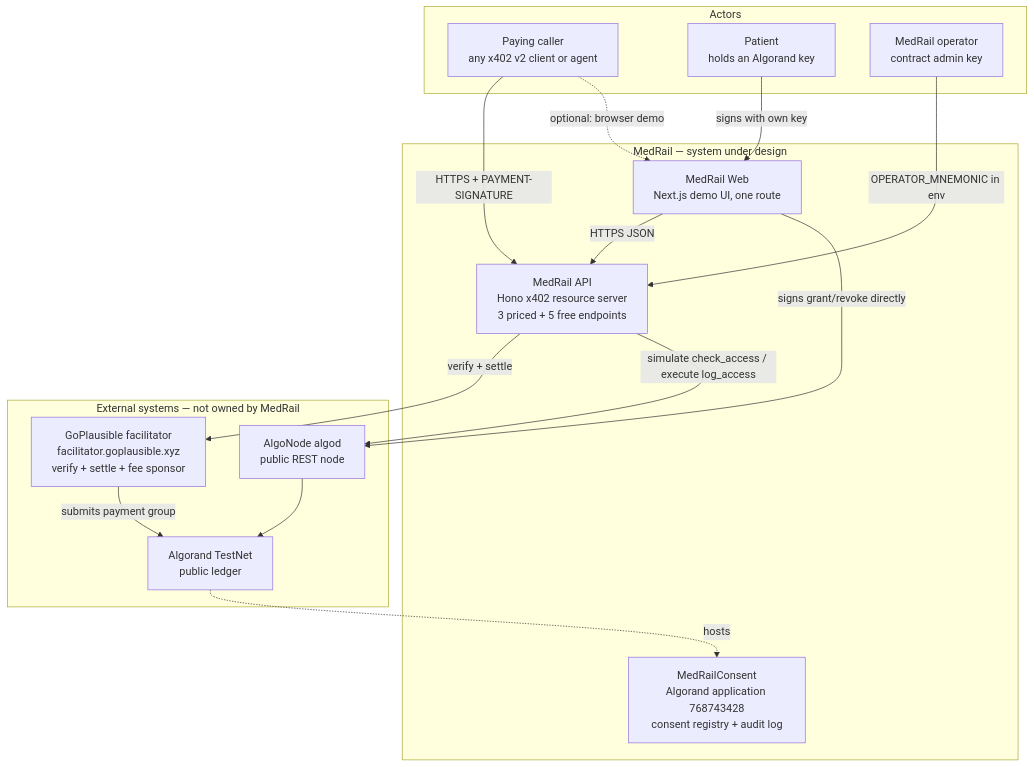
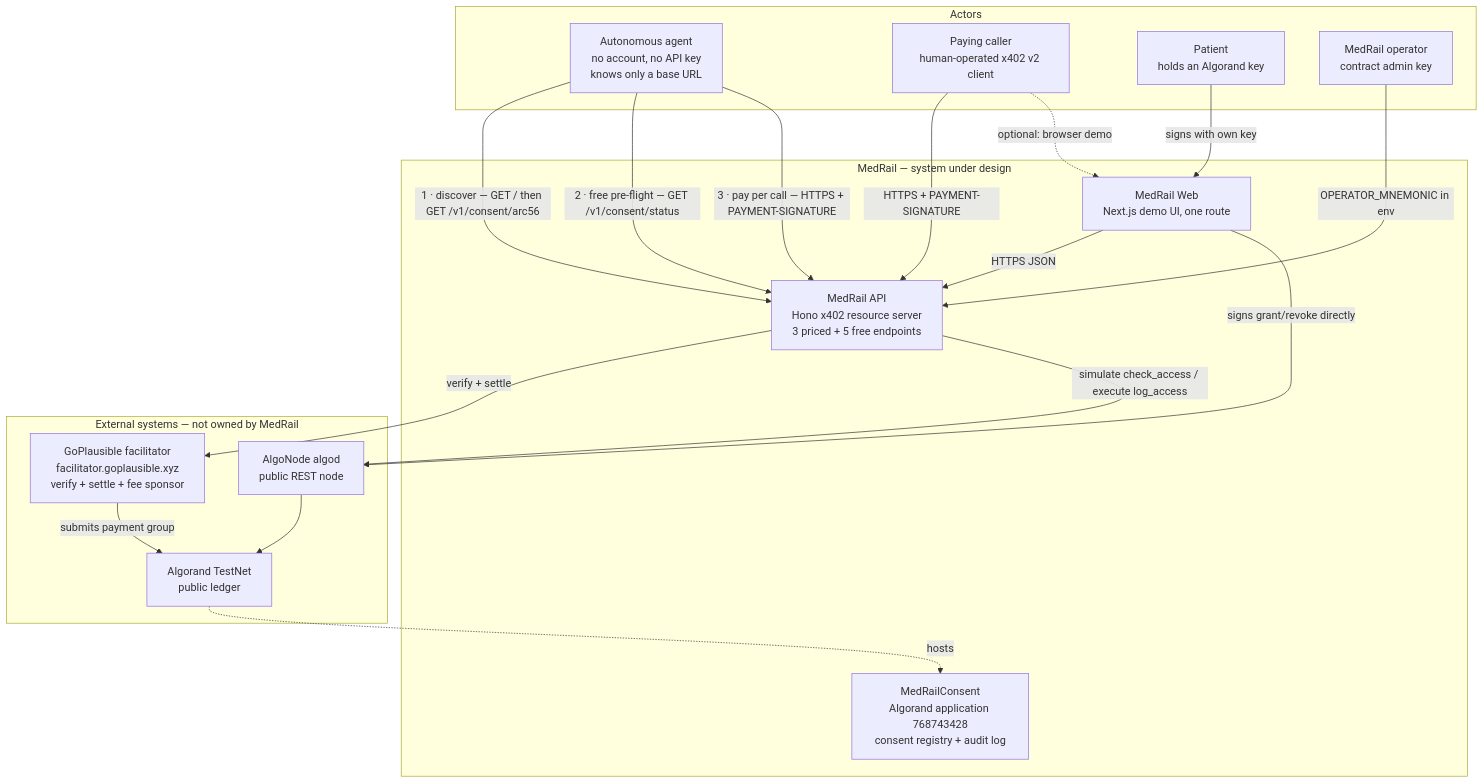
The first of 3 diagrams in docs/03_Architecture/System_Architecture.md (Hydra-Of-Malice/Medrail), drawn with Mermaid before and after one commit. The commit also changed other lines of this file and 55 other files, not shown here.

````diff
--- a/docs/03_Architecture/System_Architecture.md
+++ b/docs/03_Architecture/System_Architecture.md
@@ -49,33 +50,37 @@
 ```mermaid
 flowchart TB
     subgraph People["Actors"]
-        Caller["Paying caller<br/>any x402 v2 client or agent"]
+        Agent["Autonomous agent<br/>no account, no API key<br/>knows only a base URL"]
+        Caller["Paying caller<br/>human-operated x402 v2 client"]
         Patient["Patient<br/>holds an Algorand key"]
         Operator["MedRail operator<br/>contract admin key"]
     end
 
     subgraph MedRail["MedRail — system under design"]
         Web["MedRail Web<br/>Next.js demo UI, one route"]
         API["MedRail API<br/>Hono x402 resource server<br/>3 priced + 5 free endpoints"]
         Contract["MedRailConsent<br/>Algorand application 768743428<br/>consent registry + audit log"]
     end
 
     subgraph External["External systems — not owned by MedRail"]
         Facilitator["GoPlausible facilitator<br/>facilitator.goplausible.xyz<br/>verify + settle + fee sponsor"]
         Algod["AlgoNode algod<br/>public REST node"]
         Chain["Algorand TestNet<br/>public ledger"]
     end
 
+    Agent -->|"1 · discover — GET / then GET /v1/consent/arc56"| API
+    Agent -->|"2 · free pre-flight — GET /v1/consent/status"| API
+    Agent -->|"3 · pay per call — HTTPS + PAYMENT-SIGNATURE"| API
     Caller -->|"HTTPS + PAYMENT-SIGNATURE"| API
     Caller -.->|"optional: browser demo"| Web
     Web -->|"HTTPS JSON"| API
     Web -->|"signs grant/revoke directly"| Algod
     Patient -->|"signs with own key"| Web
     Operator -->|"OPERATOR_MNEMONIC in env"| API
 
     API -->|"verify + settle"| Facilitator
     API -->|"simulate check_access / execute log_access"| Algod
     Facilitator -->|"submits payment group"| Chain
     Algod --> Chain
     Chain -.->|"hosts"| Contract
 ```
````
